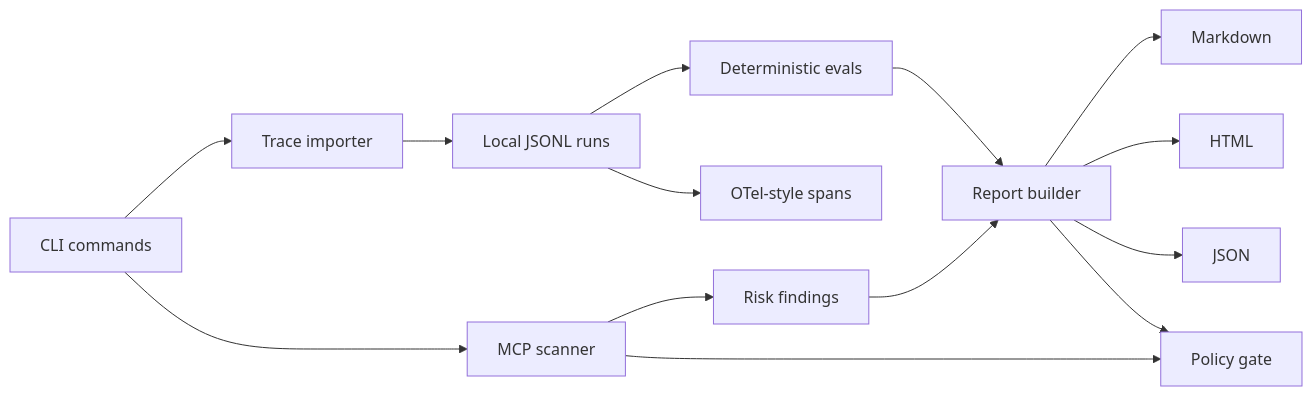
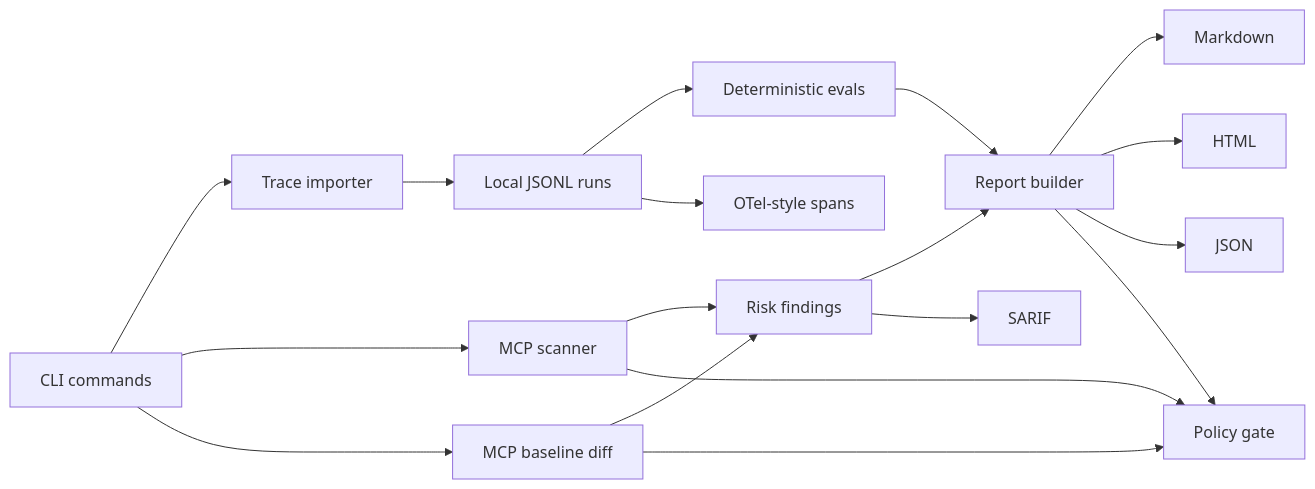
Before and after one commit to Gowrav-M/agentops-watchtower: the diagram in docs/architecture.md, drawn with Mermaid. The commit also changed other lines of this file and 22 other files, not shown here.

Commit message:
feat: add mcp drift baselines and sarif export

````diff
--- a/docs/architecture.md
+++ b/docs/architecture.md
@@ -5,16 +5,20 @@
 ```mermaid
 flowchart LR
   CLI["CLI commands"] --> Importer["Trace importer"]
   CLI --> Scanner["MCP scanner"]
+  CLI --> Baseline["MCP baseline diff"]
   Importer --> Runs["Local JSONL runs"]
   Scanner --> Findings["Risk findings"]
+  Baseline --> Findings
   Runs --> Evals["Deterministic evals"]
   Findings --> Report["Report builder"]
   Evals --> Report
   Report --> Markdown["Markdown"]
   Report --> HTML["HTML"]
   Report --> JSON["JSON"]
   Runs --> OTel["OTel-style spans"]
+  Findings --> SARIF["SARIF"]
   Scanner --> Policy["Policy gate"]
+  Baseline --> Policy
   Report --> Policy
 ```
````
